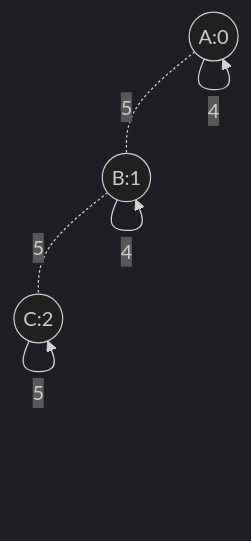
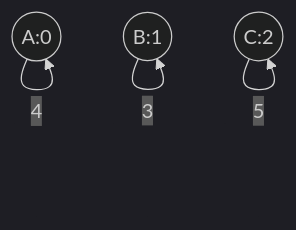
Before and after one commit to randomfunkstyle/randomfun2025swift: the diagram in Resources/TestMaps/three_rooms_five_loops.md, drawn with Mermaid (dark theme). The commit also changed other lines of this file and 27 other files, not shown here.

````diff
--- a/Resources/TestMaps/three_rooms_five_loops.md
+++ b/Resources/TestMaps/three_rooms_five_loops.md
@@ -3,24 +3,21 @@
 ```mermaid
 graph TD
     A((A:0))
     B((B:1))
     C((C:2))
-    
-    A -.5.- B
-    B -.5.- C
-    
+
     A --0--> A
     A --1--> A
     A --2--> A
     A --3--> A
     A --4--> A
+    B --0--> B
     B --1--> B
     B --2--> B
     B --3--> B
-    B --4--> B
+    C --0--> C
     C --1--> C
     C --2--> C
     C --3--> C
-    C --4--> C
     C --5--> C
 ```
````
